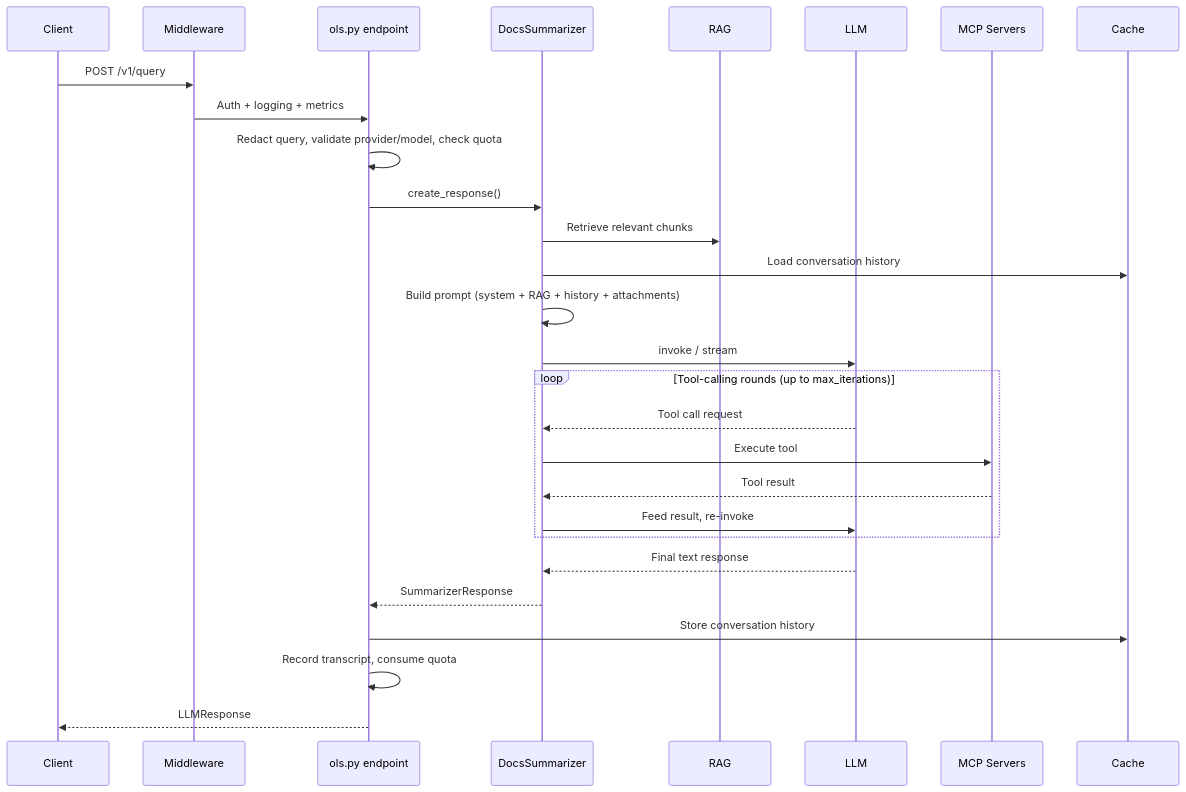
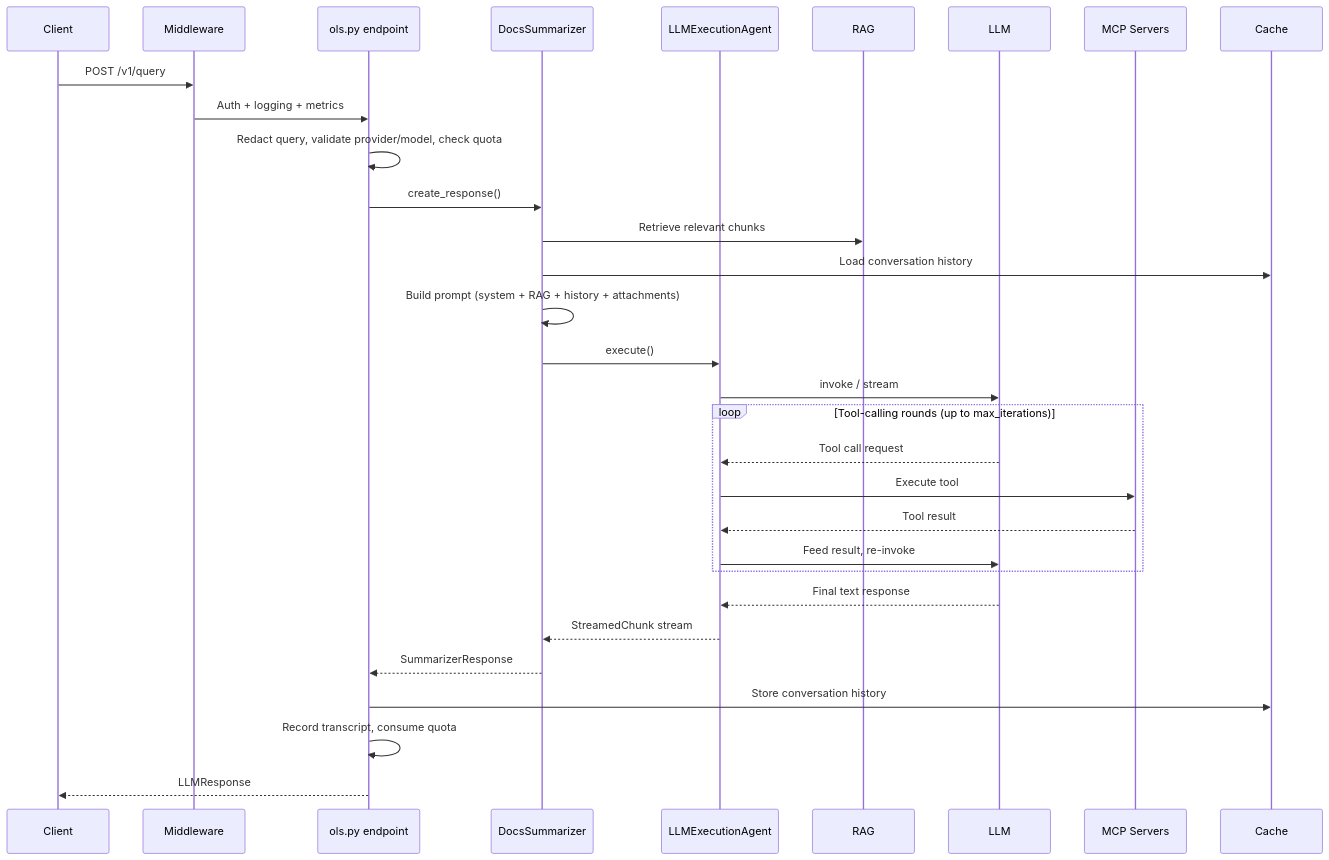
The third of 3 diagrams in ARCHITECTURE.md (openshift/lightspeed-service), drawn with Mermaid before and after one commit. The commit also changed 4 other files, not shown here.

````diff
--- a/ARCHITECTURE.md
+++ b/ARCHITECTURE.md
@@ -56,34 +56,38 @@
 ```mermaid
 sequenceDiagram
     participant Client
     participant Middleware
     participant Endpoint as ols.py endpoint
     participant DocsSummarizer
+    participant LLMExecutionAgent
     participant RAG
     participant LLM
     participant MCP as MCP Servers
     participant Cache
 
     Client->>Middleware: POST /v1/query
     Middleware->>Endpoint: Auth + logging + metrics
     Endpoint->>Endpoint: Redact query, validate provider/model, check quota
 
     Endpoint->>DocsSummarizer: create_response()
     DocsSummarizer->>RAG: Retrieve relevant chunks
     DocsSummarizer->>Cache: Load conversation history
     DocsSummarizer->>DocsSummarizer: Build prompt (system + RAG + history + attachments)
-    DocsSummarizer->>LLM: invoke / stream
+    DocsSummarizer->>LLMExecutionAgent: execute()
+
+    LLMExecutionAgent->>LLM: invoke / stream
 
     loop Tool-calling rounds (up to max_iterations)
-        LLM-->>DocsSummarizer: Tool call request
-        DocsSummarizer->>MCP: Execute tool
-        MCP-->>DocsSummarizer: Tool result
-        DocsSummarizer->>LLM: Feed result, re-invoke
+        LLM-->>LLMExecutionAgent: Tool call request
+        LLMExecutionAgent->>MCP: Execute tool
+        MCP-->>LLMExecutionAgent: Tool result
+        LLMExecutionAgent->>LLM: Feed result, re-invoke
     end
 
-    LLM-->>DocsSummarizer: Final text response
+    LLM-->>LLMExecutionAgent: Final text response
+    LLMExecutionAgent-->>DocsSummarizer: StreamedChunk stream
     DocsSummarizer-->>Endpoint: SummarizerResponse
     Endpoint->>Cache: Store conversation history
     Endpoint->>Endpoint: Record transcript, consume quota
     Endpoint-->>Client: LLMResponse
 ```
````
